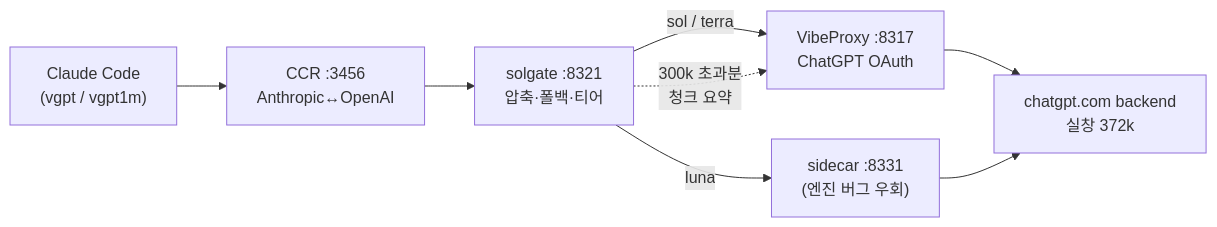
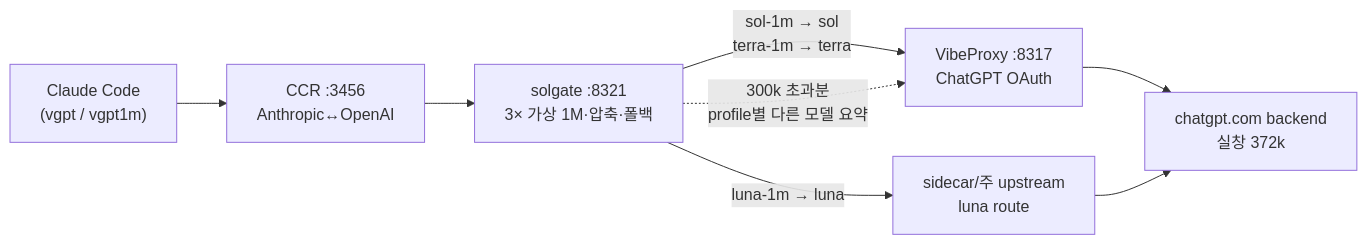
The diagram in README.md (VoidLight00/solgate), drawn with Mermaid before and after one commit. The commit also changed other lines of this file and 14 other files, not shown here.

First line of the commit message:
feat: add virtual 1M profiles for terra and luna

````diff
--- a/README.md
+++ b/README.md
@@ -59,10 +61,10 @@
 ```mermaid
 flowchart LR
   A["Claude Code<br/>(vgpt / vgpt1m)"] --> B["CCR :3456<br/>Anthropic↔OpenAI"]
-  B --> C["solgate :8321<br/>압축·폴백·티어"]
-  C -->|sol / terra| D["VibeProxy :8317<br/>ChatGPT OAuth"]
-  C -->|luna| E["sidecar :8331<br/>(엔진 버그 우회)"]
-  C -.->|"300k 초과분<br/>청크 요약"| D
+  B --> C["solgate :8321<br/>3× 가상 1M·압축·폴백"]
+  C -->|"sol-1m → sol<br/>terra-1m → terra"| D["VibeProxy :8317<br/>ChatGPT OAuth"]
+  C -->|"luna-1m → luna"| E["sidecar/주 upstream<br/>luna route"]
+  C -.->|"300k 초과분<br/>profile별 다른 모델 요약"| D
   D --> F["chatgpt.com backend<br/>실창 372k"]
   E --> F
 ```
````
